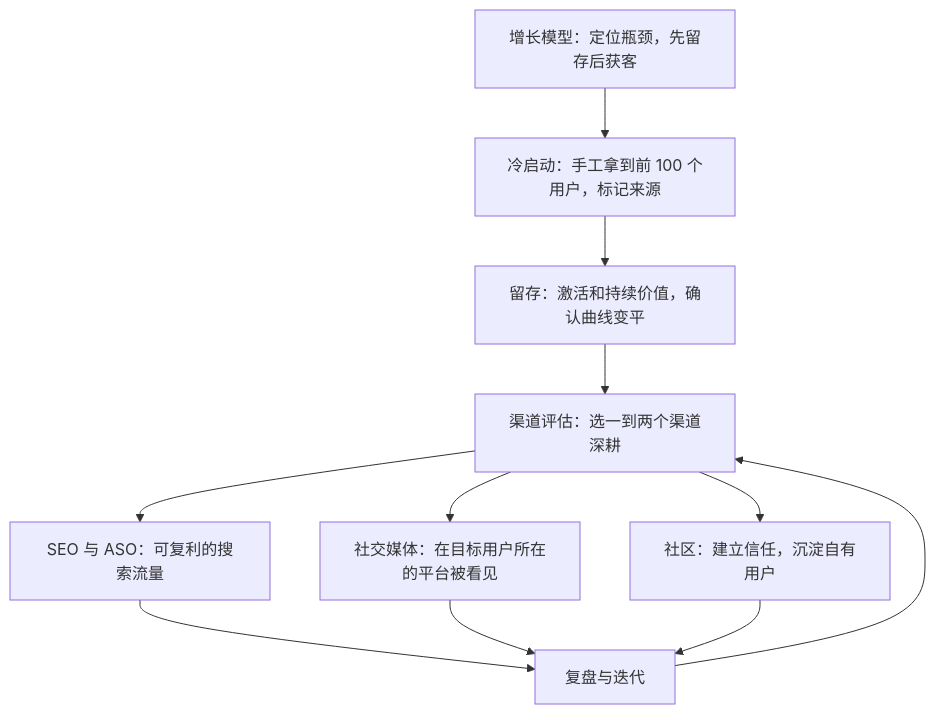
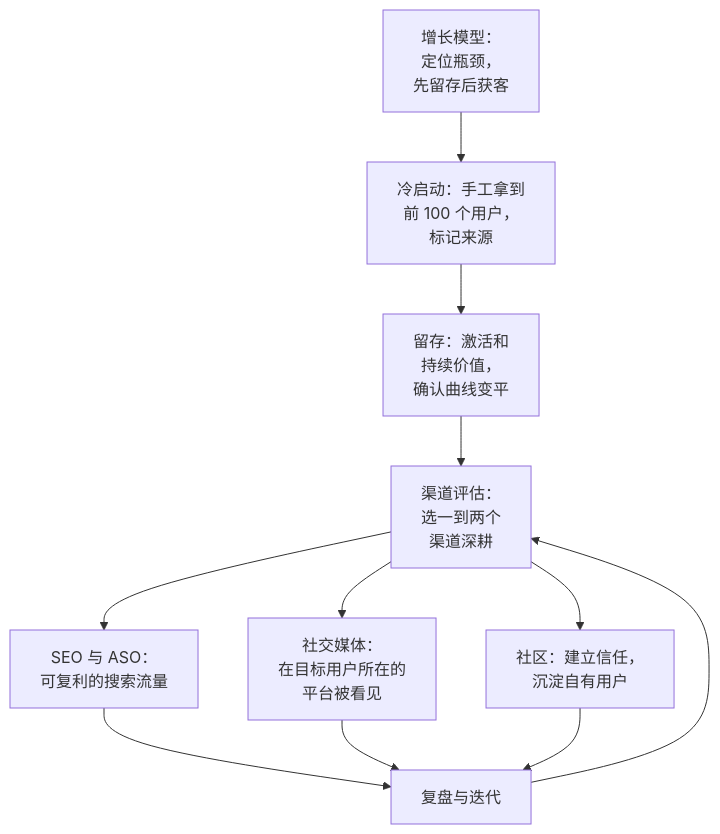
Before and after one commit to jarvis-pro/hatch-shelf: the diagram in books/growth-marketing/08-channel-evaluation.md, drawn with Mermaid. The commit also changed 432 other files, not shown here.

````diff
--- a/books/growth-marketing/08-channel-evaluation.md
+++ b/books/growth-marketing/08-channel-evaluation.md
@@ -194,11 +194,11 @@
 ```mermaid
 flowchart TD
-  M["增长模型：定位瓶颈，先留存后获客"] --> C["冷启动：手工拿到前 100 个用户，标记来源"]
-  C --> R["留存：激活和持续价值，确认曲线变平"]
-  R --> E["渠道评估：选一到两个渠道深耕"]
-  E --> S["SEO 与 ASO：可复利的搜索流量"]
-  E --> P["社交媒体：在目标用户所在的平台被看见"]
-  E --> G["社区：建立信任，沉淀自有用户"]
+  M["增长模型：<br/>定位瓶颈，<br/>先留存后获客"] --> C["冷启动：手工拿到<br/>前 100 个用户，<br/>标记来源"]
+  C --> R["留存：激活和<br/>持续价值，<br/>确认曲线变平"]
+  R --> E["渠道评估：<br/>选一到两个<br/>渠道深耕"]
+  E --> S["SEO 与 ASO：<br/>可复利的搜索流量"]
+  E --> P["社交媒体：<br/>在目标用户所在的<br/>平台被看见"]
+  E --> G["社区：建立信任，<br/>沉淀自有用户"]
   S & P & G --> F["复盘与迭代"]
   F --> E
 ```
````
